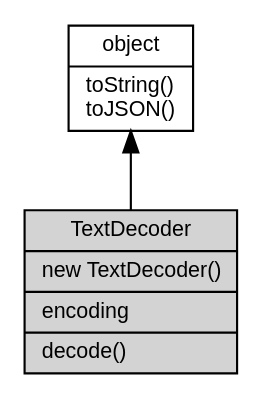
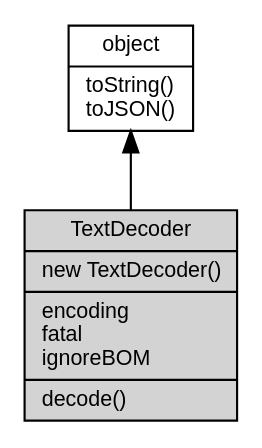
One commit to fibjs/fibjs.org changed the diagram in docs/manual/object/ifs/TextDecoder.md. Above: the diagram before and after it, drawn with Graphviz. The commit also changed other lines of this file and 148 other files, not shown here.

First line of the commit message:
feat: add ZlibCodec documentation and update object graph

````diff
--- a/docs/manual/object/ifs/TextDecoder.md
+++ b/docs/manual/object/ifs/TextDecoder.md
@@ -11,10 +11,10 @@
 ```dot
 digraph {
     node [fontname="Helvetica,sans-Serif", fontsize=10, shape="record", style="filled", fillcolor="white"];
 
     object [tooltip="object", URL="object.md", label="{object|toString()\ltoJSON()\l}"];
-    TextDecoder [tooltip="TextDecoder", fillcolor="lightgray", id="me", label="{TextDecoder|new TextDecoder()\l|encoding\l|decode()\l}"];
+    TextDecoder [tooltip="TextDecoder", fillcolor="lightgray", id="me", label="{TextDecoder|new TextDecoder()\l|encoding\lfatal\lignoreBOM\l|decode()\l}"];
 
     object -> TextDecoder [dir=back];
 }
 ```
````
